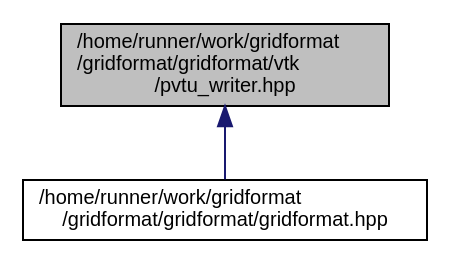
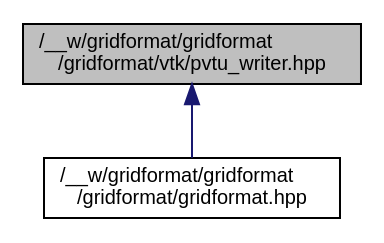
Before and after one commit to dglaeser/gridformat: the diagram in pvtu__writer_8hpp__dep__incl.dot, drawn with Graphviz. The commit also changed 329 other files, not shown here.

```diff
--- a/pvtu__writer_8hpp__dep__incl.dot
+++ b/pvtu__writer_8hpp__dep__incl.dot
@@ -1,9 +1,9 @@
-digraph "/home/runner/work/gridformat/gridformat/gridformat/vtk/pvtu_writer.hpp"
+digraph "/__w/gridformat/gridformat/gridformat/vtk/pvtu_writer.hpp"
 {
  // LATEX_PDF_SIZE
   edge [fontname="Helvetica",fontsize="10",labelfontname="Helvetica",labelfontsize="10"];
   node [fontname="Helvetica",fontsize="10",shape=record];
-  Node1 [label="/home/runner/work/gridformat\l/gridformat/gridformat/vtk\l/pvtu_writer.hpp",height=0.2,width=0.4,color="black", fillcolor="grey75", style="filled", fontcolor="black",tooltip="Writer for parallel .pvtu files."];
+  Node1 [label="/__w/gridformat/gridformat\l/gridformat/vtk/pvtu_writer.hpp",height=0.2,width=0.4,color="black", fillcolor="grey75", style="filled", fontcolor="black",tooltip="Writer for parallel .pvtu files."];
   Node1 -> Node2 [dir="back",color="midnightblue",fontsize="10",style="solid",fontname="Helvetica"];
-  Node2 [label="/home/runner/work/gridformat\l/gridformat/gridformat/gridformat.hpp",height=0.2,width=0.4,color="black", fillcolor="white", style="filled",URL="$gridformat_8hpp.html",tooltip="This file is the entrypoint to the high-level API exposing all provided writers through a unified int..."];
+  Node2 [label="/__w/gridformat/gridformat\l/gridformat/gridformat.hpp",height=0.2,width=0.4,color="black", fillcolor="white", style="filled",URL="$gridformat_8hpp.html",tooltip="This file is the entrypoint to the high-level API exposing all provided writers through a unified int..."];
 }
```
